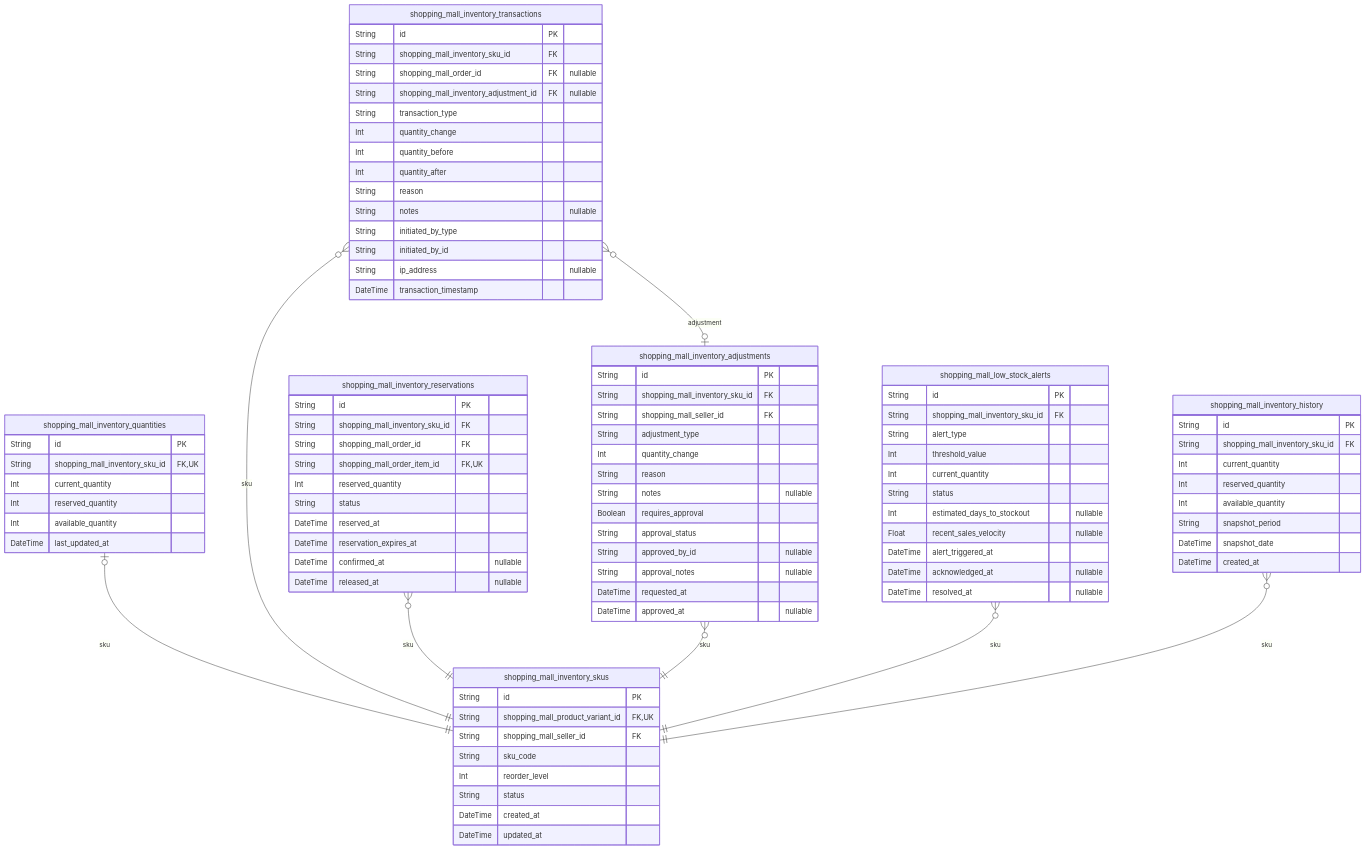
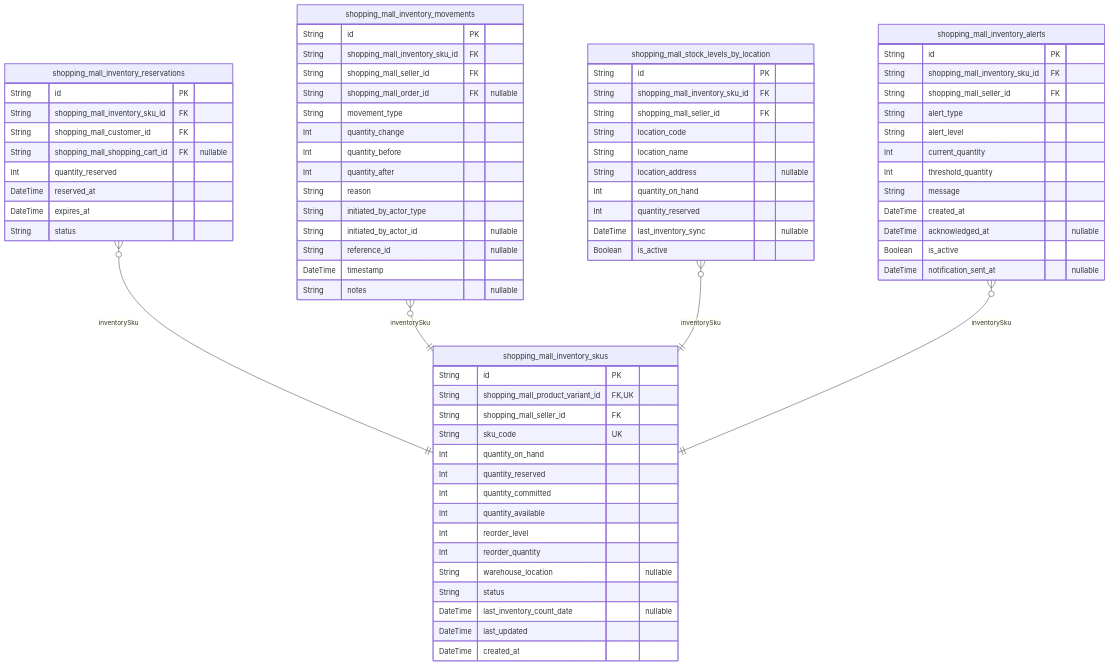
Before and after one commit to wrtnlabs/autobe-examples: the fourth of 12 diagrams in anthropic/claude-haiku-4.5/shopping/docs/ERD.md, drawn with Mermaid. The commit also changed other lines of this file and 16146 other files, not shown here.

````diff
--- a/anthropic/claude-haiku-4.5/shopping/docs/ERD.md
+++ b/anthropic/claude-haiku-4.5/shopping/docs/ERD.md
@@ -1723,91 +1496,73 @@
   String id PK
   String shopping_mall_product_variant_id FK,UK
   String shopping_mall_seller_id FK
-  String sku_code
+  String sku_code UK
+  Int quantity_on_hand
+  Int quantity_reserved
+  Int quantity_committed
+  Int quantity_available
   Int reorder_level
+  Int reorder_quantity
+  String warehouse_location "nullable"
   String status
+  DateTime last_inventory_count_date "nullable"
+  DateTime last_updated
   DateTime created_at
-  DateTime updated_at
 }
-"shopping_mall_inventory_quantities" {
-  String id PK
-  String shopping_mall_inventory_sku_id FK,UK
-  Int current_quantity
-  Int reserved_quantity
-  Int available_quantity
-  DateTime last_updated_at
-}
-"shopping_mall_inventory_transactions" {
+"shopping_mall_inventory_reservations" {
   String id PK
   String shopping_mall_inventory_sku_id FK
+  String shopping_mall_customer_id FK
+  String shopping_mall_shopping_cart_id FK "nullable"
+  Int quantity_reserved
+  DateTime reserved_at
+  DateTime expires_at
+  String status
+}
+"shopping_mall_inventory_movements" {
+  String id PK
+  String shopping_mall_inventory_sku_id FK
+  String shopping_mall_seller_id FK
   String shopping_mall_order_id FK "nullable"
-  String shopping_mall_inventory_adjustment_id FK "nullable"
-  String transaction_type
+  String movement_type
   Int quantity_change
   Int quantity_before
   Int quantity_after
   String reason
+  String initiated_by_actor_type
+  String initiated_by_actor_id "nullable"
+  String reference_id "nullable"
+  DateTime timestamp
   String notes "nullable"
-  String initiated_by_type
-  String initiated_by_id
-  String ip_address "nullable"
-  DateTime transaction_timestamp
 }
-"shopping_mall_inventory_reservations" {
-  String id PK
-  String shopping_mall_inventory_sku_id FK
-  String shopping_mall_order_id FK
-  String shopping_mall_order_item_id FK,UK
-  Int reserved_quantity
-  String status
-  DateTime reserved_at
-  DateTime reservation_expires_at
-  DateTime confirmed_at "nullable"
-  DateTime released_at "nullable"
-}
-"shopping_mall_inventory_adjustments" {
+"shopping_mall_stock_levels_by_location" {
   String id PK
   String shopping_mall_inventory_sku_id FK
   String shopping_mall_seller_id FK
-  String adjustment_type
-  Int quantity_change
-  String reason
-  String notes "nullable"
-  Boolean requires_approval
-  String approval_status
-  String approved_by_id "nullable"
-  String approval_notes "nullable"
-  DateTime requested_at
-  DateTime approved_at "nullable"
+  String location_code
+  String location_name
+  String location_address "nullable"
+  Int quantity_on_hand
+  Int quantity_reserved
+  DateTime last_inventory_sync "nullable"
+  Boolean is_active
 }
-"shopping_mall_low_stock_alerts" {
+"shopping_mall_inventory_alerts" {
   String id PK
   String shopping_mall_inventory_sku_id FK
+  String shopping_mall_seller_id FK
   String alert_type
-  Int threshold_value
+  String alert_level
   Int current_quantity
-  String status
-  Int estimated_days_to_stockout "nullable"
-  Float recent_sales_velocity "nullable"
-  DateTime alert_triggered_at
+  Int threshold_quantity
+  String message
+  DateTime created_at
   DateTime acknowledged_at "nullable"
-  DateTime resolved_at "nullable"
+  Boolean is_active
+  DateTime notification_sent_at "nullable"
 }
-"shopping_mall_inventory_history" {
-  String id PK
-  String shopping_mall_inventory_sku_id FK
-  Int current_quantity
-  Int reserved_quantity
-  Int available_quantity
-  String snapshot_period
-  DateTime snapshot_date
-  DateTime created_at
-}
-"shopping_mall_inventory_quantities" |o--|| "shopping_mall_inventory_skus" : sku
-"shopping_mall_inventory_transactions" }o--|| "shopping_mall_inventory_skus" : sku
-"shopping_mall_inventory_transactions" }o--o| "shopping_mall_inventory_adjustments" : adjustment
-"shopping_mall_inventory_reservations" }o--|| "shopping_mall_inventory_skus" : sku
-"shopping_mall_inventory_adjustments" }o--|| "shopping_mall_inventory_skus" : sku
-"shopping_mall_low_stock_alerts" }o--|| "shopping_mall_inventory_skus" : sku
-"shopping_mall_inventory_history" }o--|| "shopping_mall_inventory_skus" : sku
+"shopping_mall_inventory_reservations" }o--|| "shopping_mall_inventory_skus" : inventorySku
+"shopping_mall_inventory_movements" }o--|| "shopping_mall_inventory_skus" : inventorySku
+"shopping_mall_stock_levels_by_location" }o--|| "shopping_mall_inventory_skus" : inventorySku
+"shopping_mall_inventory_alerts" }o--|| "shopping_mall_inventory_skus" : inventorySku
 ```
````
